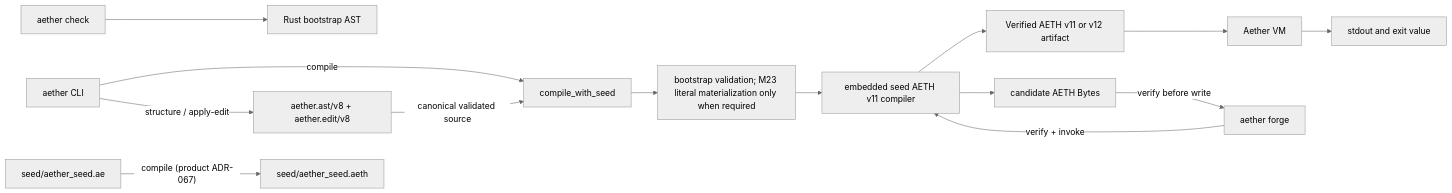
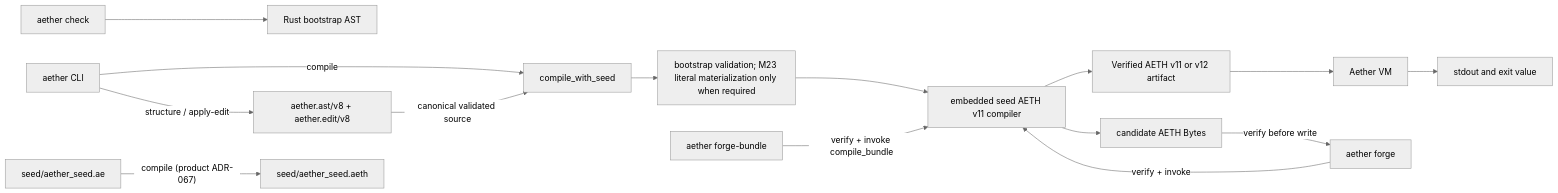
One commit to MrWizard94-Compile/XLang changed the diagram in docs/Current state/ARCHITECTURE.md. Above: the diagram before and after it, drawn with Mermaid (neutral theme). The commit also changed other lines of this file and 23 other files, not shown here.

Commit message:
feat: add seed-native bundle compiler profile

```diff
--- a/docs/Current state/ARCHITECTURE.md
+++ b/docs/Current state/ARCHITECTURE.md
@@ -3,16 +3,17 @@
 ~~~mermaid
 flowchart LR
     CLI["aether CLI"] -->|"compile"| SeedPath["compile_with_seed"]
     CLI -->|"structure / apply-edit"| Authoring["aether.ast/v8 + aether.edit/v8"]
     Authoring -->|"canonical validated source"| SeedPath
     SeedPath --> Bridge["bootstrap validation; M23 literal materialization only when required"]
     Bridge --> SeedArt["embedded seed AETH v11 compiler"]
     SeedArt --> Artifact["Verified AETH v11 or v12 artifact"]
     Artifact --> VM["Aether VM"]
     VM --> Result["stdout and exit value"]
     Check["aether check"] --> Bootstrap["Rust bootstrap AST"]
     SeedSrc["seed/aether_seed.ae"] -->|"compile (product ADR-067)"| SeedArtFile["seed/aether_seed.aeth"]
     Forge["aether forge"] -->|"verify + invoke"| SeedArt
+    BundleForge["aether forge-bundle"] -->|"verify + invoke compile_bundle"| SeedArt
     SeedArt --> Candidate["candidate AETH Bytes"]
     Candidate -->|"verify before write"| Forge
 ~~~
```
